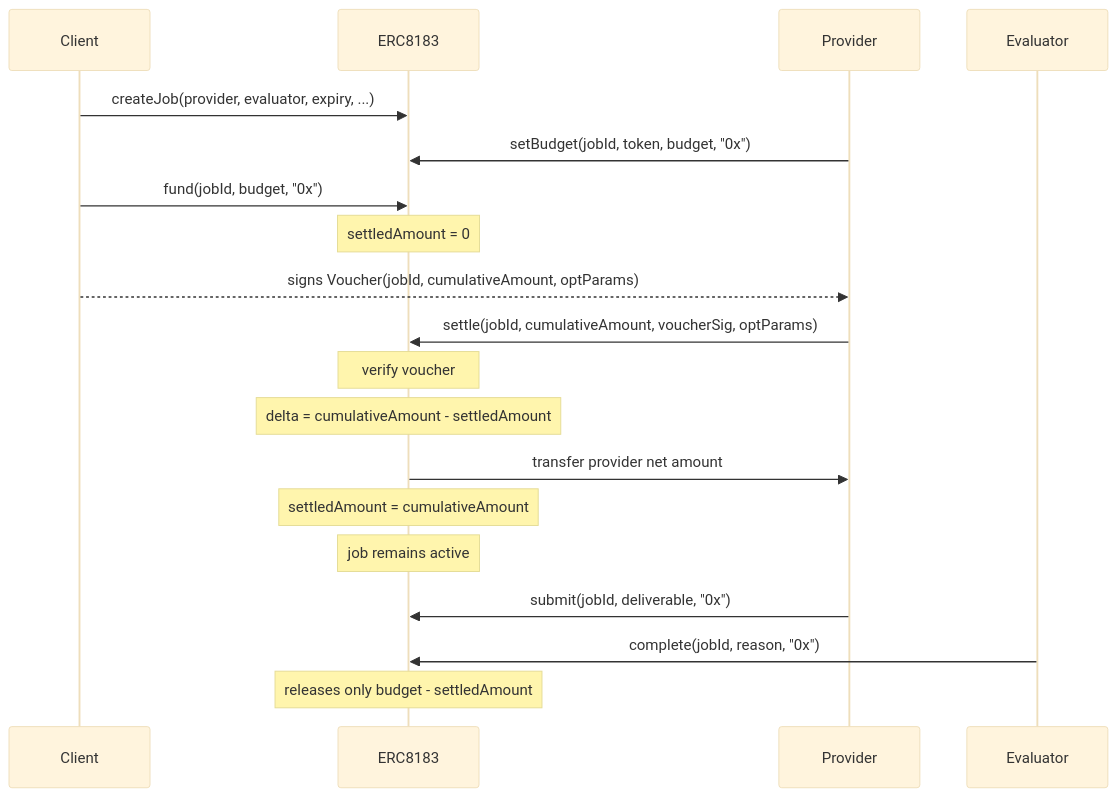
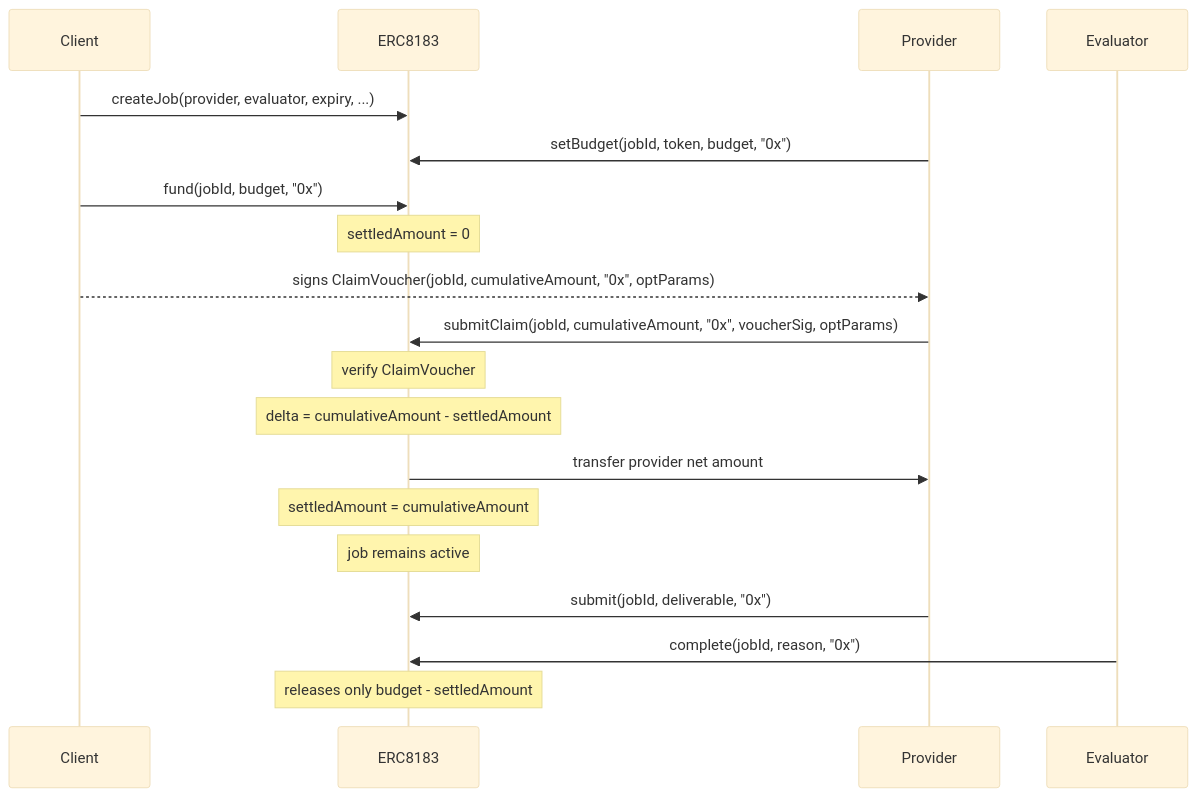
The fourth of 4 diagrams in docs/01-architecture.md (erc-8183/base-contracts), drawn with Mermaid (base theme) before and after one commit. The commit also changed other lines of this file and 4 other files, not shown here.

Commit message:
feat: simplify claim submission flow

````diff
--- a/docs/01-architecture.md
+++ b/docs/01-architecture.md
@@ -96,24 +96,24 @@
 ```mermaid
 sequenceDiagram
     participant C as Client
     participant AC as ERC8183
     participant P as Provider
     participant E as Evaluator
 
     C->>AC: createJob(provider, evaluator, expiry, ...)
     P->>AC: setBudget(jobId, token, budget, "0x")
     C->>AC: fund(jobId, budget, "0x")
     Note over AC: settledAmount = 0
 
-    C-->>P: signs Voucher(jobId, cumulativeAmount, optParams)
-    P->>AC: settle(jobId, cumulativeAmount, voucherSig, optParams)
-    Note over AC: verify voucher
+    C-->>P: signs ClaimVoucher(jobId, cumulativeAmount, "0x", optParams)
+    P->>AC: submitClaim(jobId, cumulativeAmount, "0x", voucherSig, optParams)
+    Note over AC: verify ClaimVoucher
     Note over AC: delta = cumulativeAmount - settledAmount
     AC->>P: transfer provider net amount
     Note over AC: settledAmount = cumulativeAmount
     Note over AC: job remains active
 
     P->>AC: submit(jobId, deliverable, "0x")
     E->>AC: complete(jobId, reason, "0x")
     Note over AC: releases only budget - settledAmount
 ```
````
